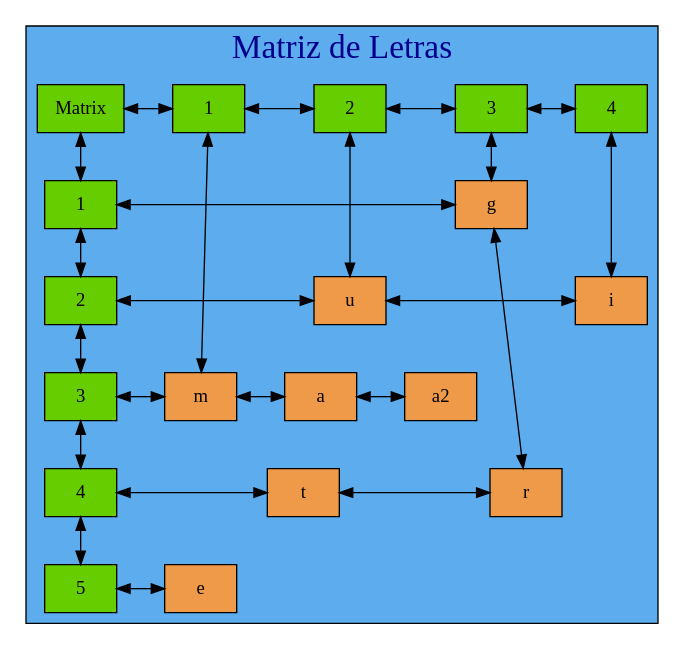
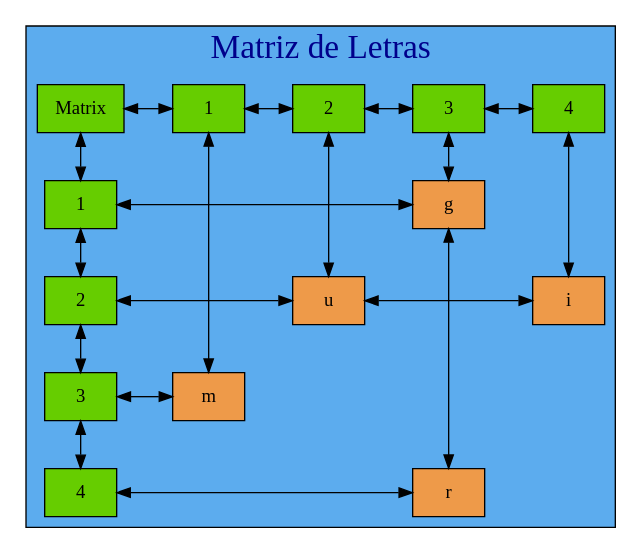
One commit to mariotun/EDD_1S2020_PY1_201602942 changed the diagram in Graficas/Table_Juego.dot. Above: the diagram before and after it, drawn with Graphviz. The commit also changed 4 other files, not shown here.

```diff
--- a/Graficas/Table_Juego.dot
+++ b/Graficas/Table_Juego.dot
@@ -1,65 +1,59 @@
  digraph tablero{ 
 
 graph[ranksep= "0.5",nodesep= "0.5"];
 subgraph cluster_1 {
 
 fontname=algerian
 label= "Matriz de Letras ";
  labelloc=t;
 fontcolor=blue4;
 fontsize=25;
 style=filled;
 fillcolor=steelblue2;
 
 node [shape=box fillcolor=chartreuse3];
 mt[label= "Matrix" style=radial group=0]
 {rank=same;
 25770344640[label= "1 " style=radial,group=1]
 25770344816[label= "2 " style=radial,group=2]
 25770345056[label= "3 " style=radial,group=3]
 0[label= "4 " style=radial,group=4]
 mt->25770344640->25770344816->25770345056->0[dir=both];};
 
 25770345176[label= "1 " style=radial,group=0]
 25770344520[label= "2 " style=radial,group=0]
 25770344936[label= "3 " style=radial,group=0]
-25770346040[label= "4 " style=radial,group=0]
-56[label= "5 " style=radial,group=0]
-mt->25770345176->25770344520->25770344936->25770346040->56[dir=both];
+56[label= "4 " style=radial,group=0]
+mt->25770345176->25770344520->25770344936->56[dir=both];
 
 node[shape=box height=0.5 style=filled fontcolor=black fillcolor= tan2]
 25770344528[label="m" style=radial,group=1];
 node[shape=box height=0.5 style=filled fontcolor=black fillcolor= tan2]
 25770345648[label="u" style=radial,group=2];
 node[shape=box height=0.5 style=filled fontcolor=black fillcolor= tan2]
 25770345536[label="g" style=radial,group=3];
 node[shape=box height=0.5 style=filled fontcolor=black fillcolor= tan2]
 25770344944[label="r" style=radial,group=3];
 node[shape=box height=0.5 style=filled fontcolor=black fillcolor= tan2]
 25770345184[label="i" style=radial,group=4];
 
 
 25770344640->25770344528[dir=both]
 25770344816->25770345648[dir=both]
 25770345056->25770345536->25770344944[dir=both]
 0->25770345184[dir=both]
 
 25770345536[label="g"];
 25770345648[label="u"];
 25770345184[label="i"];
 25770344528[label="m"];
-25770344704[label="a"];
-25770345760[label="a2"];
-25770345872[label="t"];
 25770344944[label="r"];
-25770346048[label="e"];
 
 
 {rank=same;25770345176->25770345536[dir=both] } 
 {rank=same;25770344520->25770345648->25770345184[dir=both] } 
-{rank=same;25770344936->25770344528->25770344704->25770345760[dir=both] } 
-{rank=same;25770346040->25770345872->25770344944[dir=both] } 
-{rank=same;56->25770346048[dir=both] }
+{rank=same;25770344936->25770344528[dir=both] } 
+{rank=same;56->25770344944[dir=both] }
  }
 
 }
```
